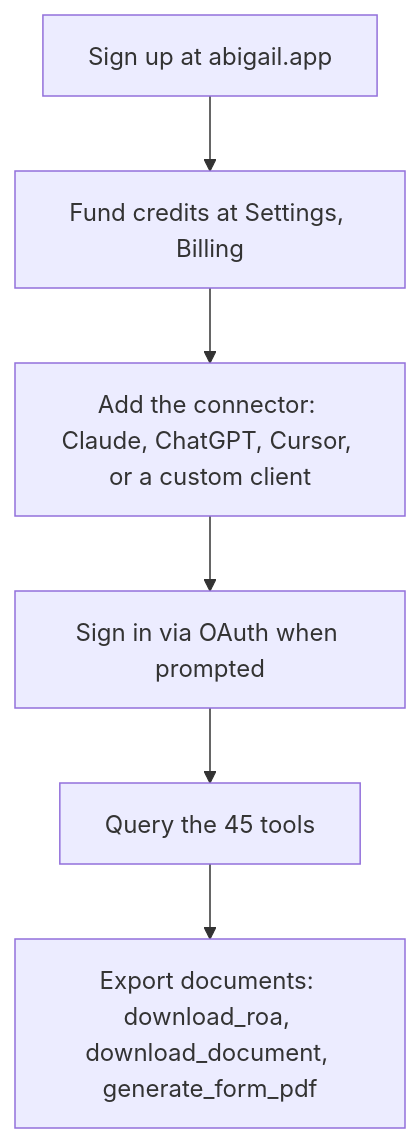
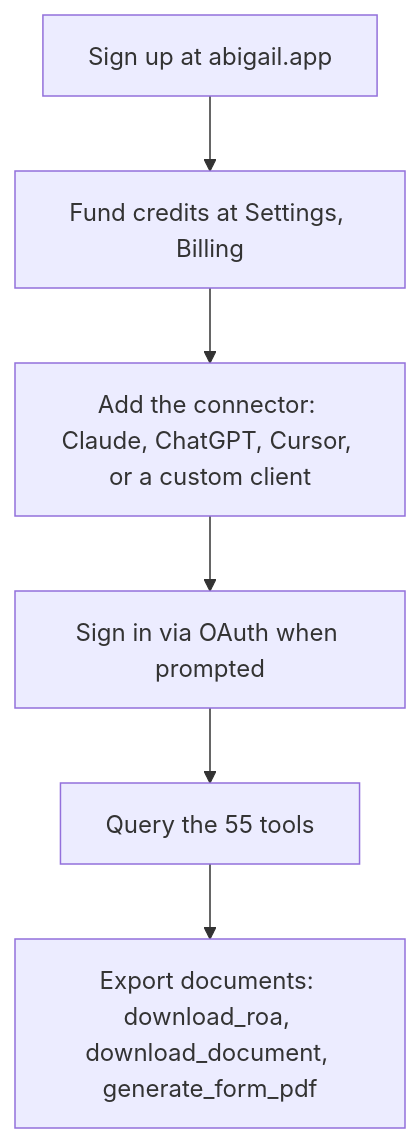
Before and after one commit to Abigail-AI-Patent-Assistant/docs: the first of 2 diagrams in mcp/guide.mdx, drawn with Mermaid. The commit also changed other lines of this file and 4 other files, not shown here.

````diff
--- a/mcp/guide.mdx
+++ b/mcp/guide.mdx
@@ -29,8 +29,8 @@
 ```mermaid
 graph TD
     A[Sign up at abigail.app] --> B[Fund credits at Settings, Billing]
     B --> C[Add the connector: Claude, ChatGPT, Cursor, or a custom client]
     C --> D[Sign in via OAuth when prompted]
-    D --> E[Query the 45 tools]
+    D --> E[Query the 55 tools]
     E --> F[Export documents: download_roa, download_document, generate_form_pdf]
 ```
````
